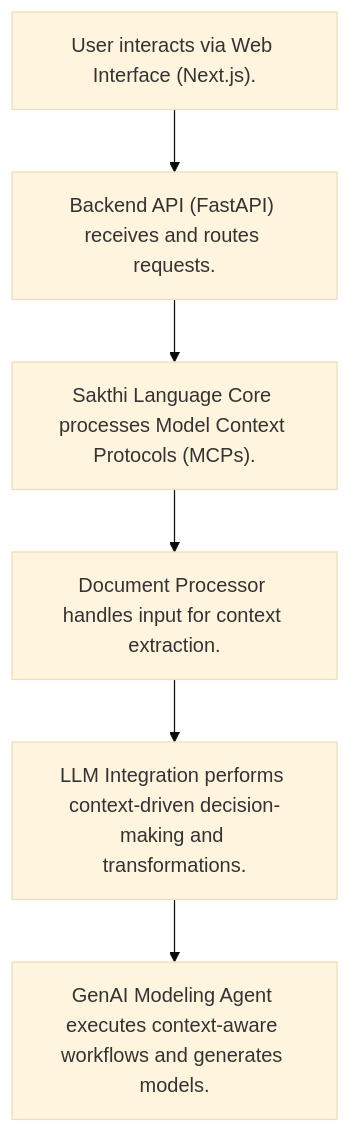
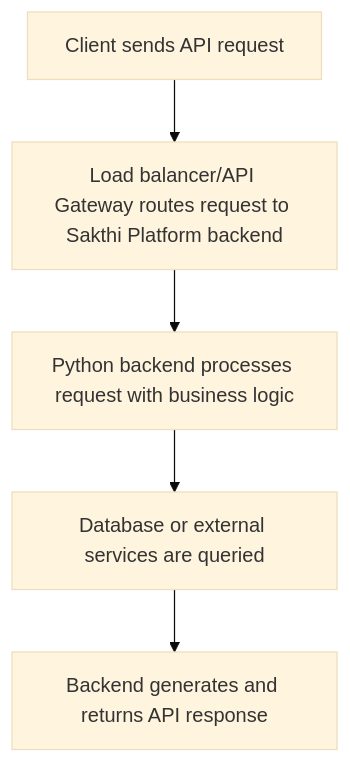
The diagram in README.md (ramamurthy-540835/sakthi-platform), drawn with Mermaid (base theme) before and after one commit. The commit also changed other lines of this file, not shown here.

````diff
--- a/README.md
+++ b/README.md
@@ -210,14 +174,12 @@
 ```mermaid
 flowchart TD
-  A["User interacts via Web Interface (Next.js)."]
-  B["Backend API (FastAPI) receives and routes requests."]
-  C["Sakthi Language Core processes Model Context Protocols (MCPs)."]
-  D["Document Processor handles input for context extraction."]
-  E["LLM Integration performs context-driven decision-making and transformations."]
-  F["GenAI Modeling Agent executes context-aware workflows and generates models."]
+  A["Client sends API request"]
+  B["Load balancer/API Gateway routes request to Sakthi Platform backend"]
+  C["Python backend processes request with business logic"]
+  D["Database or external services are queried"]
+  E["Backend generates and returns API response"]
   A --> B
   B --> C
   C --> D
   D --> E
-  E --> F
 ```
````
